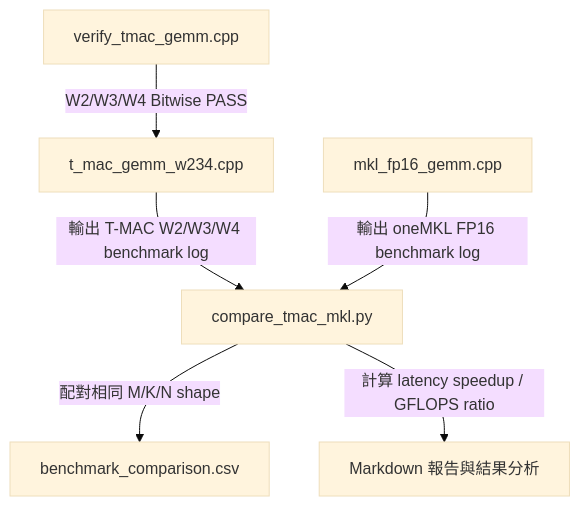
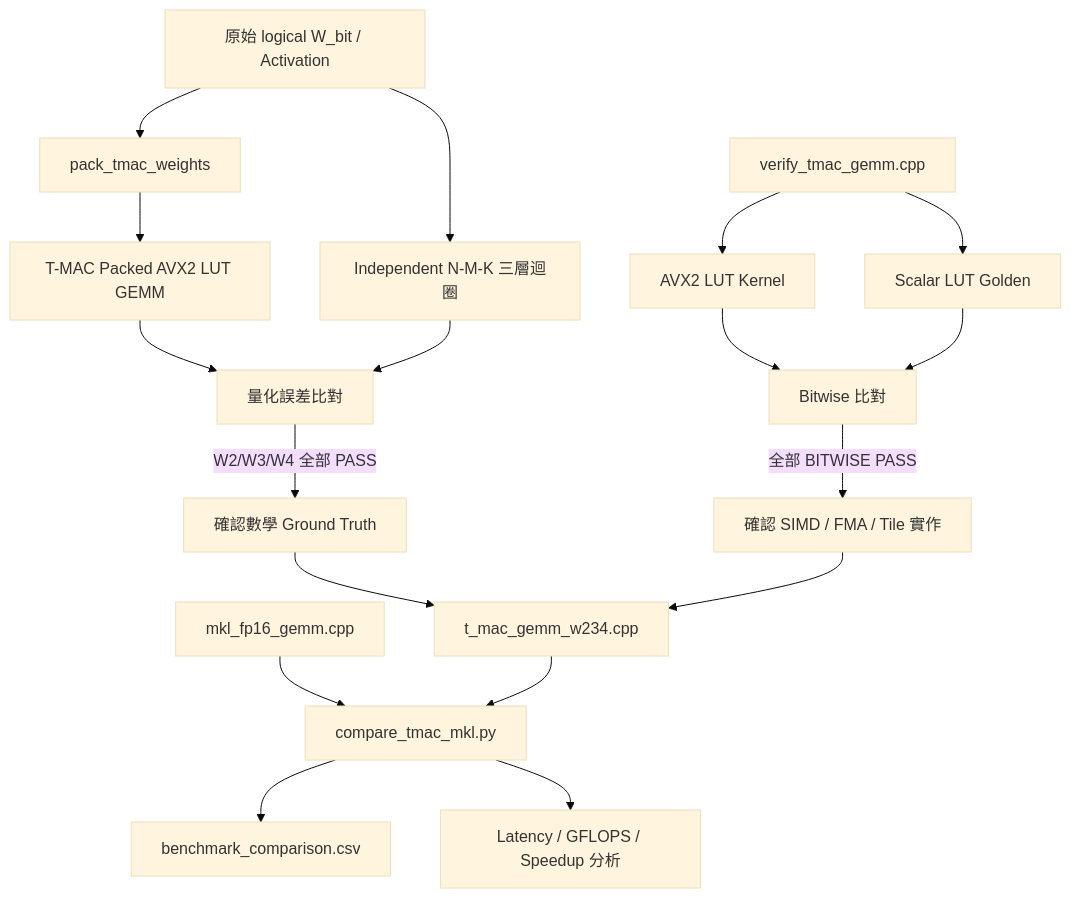
Before and after one commit to HYHwilliam/MKL-becnhmark-and-T-MAC-benchmark: the diagram in verify_GEMM/TMAC_MKL_gemm_benchmark.md, drawn with Mermaid (base theme). The commit also changed other lines of this file and 1 other file, not shown here.

````diff
--- a/verify_GEMM/TMAC_MKL_gemm_benchmark.md
+++ b/verify_GEMM/TMAC_MKL_gemm_benchmark.md
@@ -259,8 +716,22 @@
 ```mermaid
 graph TD
-    A[verify_tmac_gemm.cpp] -->|W2/W3/W4 Bitwise PASS| B[t_mac_gemm_w234.cpp]
-    B -->|輸出 T-MAC W2/W3/W4 benchmark log| C[compare_tmac_mkl.py]
-    D[mkl_fp16_gemm.cpp] -->|輸出 oneMKL FP16 benchmark log| C
-    C -->|配對相同 M/K/N shape| E[benchmark_comparison.csv]
-    C -->|計算 latency speedup / GFLOPS ratio| F[Markdown 報告與結果分析]
+    A[原始 logical W_bit / Activation] --> B[pack_tmac_weights]
+    B --> C[T-MAC Packed AVX2 LUT GEMM]
+    A --> D[Independent N-M-K 三層迴圈]
+    C --> E[量化誤差比對]
+    D --> E
+    E -->|W2/W3/W4 全部 PASS| F[確認數學 Ground Truth]
+
+    G[verify_tmac_gemm.cpp] --> H[AVX2 LUT Kernel]
+    G --> I[Scalar LUT Golden]
+    H --> J[Bitwise 比對]
+    I --> J
+    J -->|全部 BITWISE PASS| K[確認 SIMD / FMA / Tile 實作]
+
+    F --> L[t_mac_gemm_w234.cpp]
+    K --> L
+    M[mkl_fp16_gemm.cpp] --> N[compare_tmac_mkl.py]
+    L --> N
+    N --> O[benchmark_comparison.csv]
+    N --> P[Latency / GFLOPS / Speedup 分析]
 ```
````
